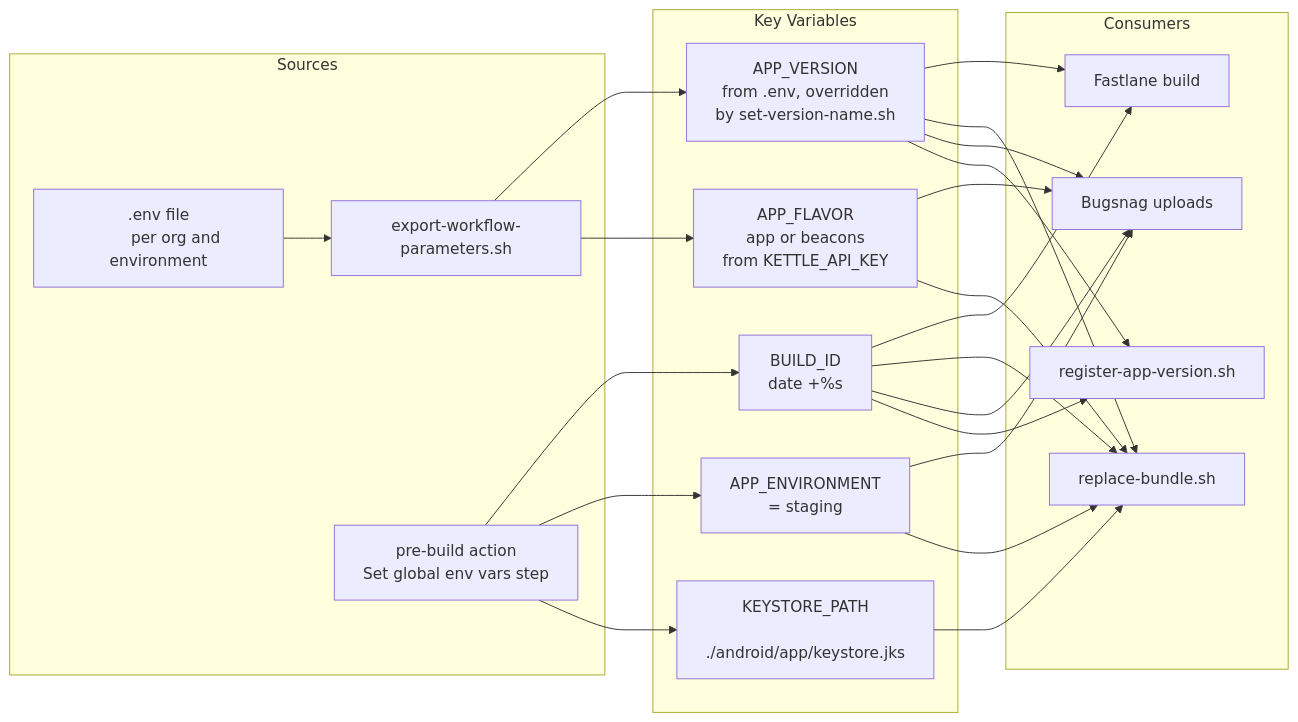
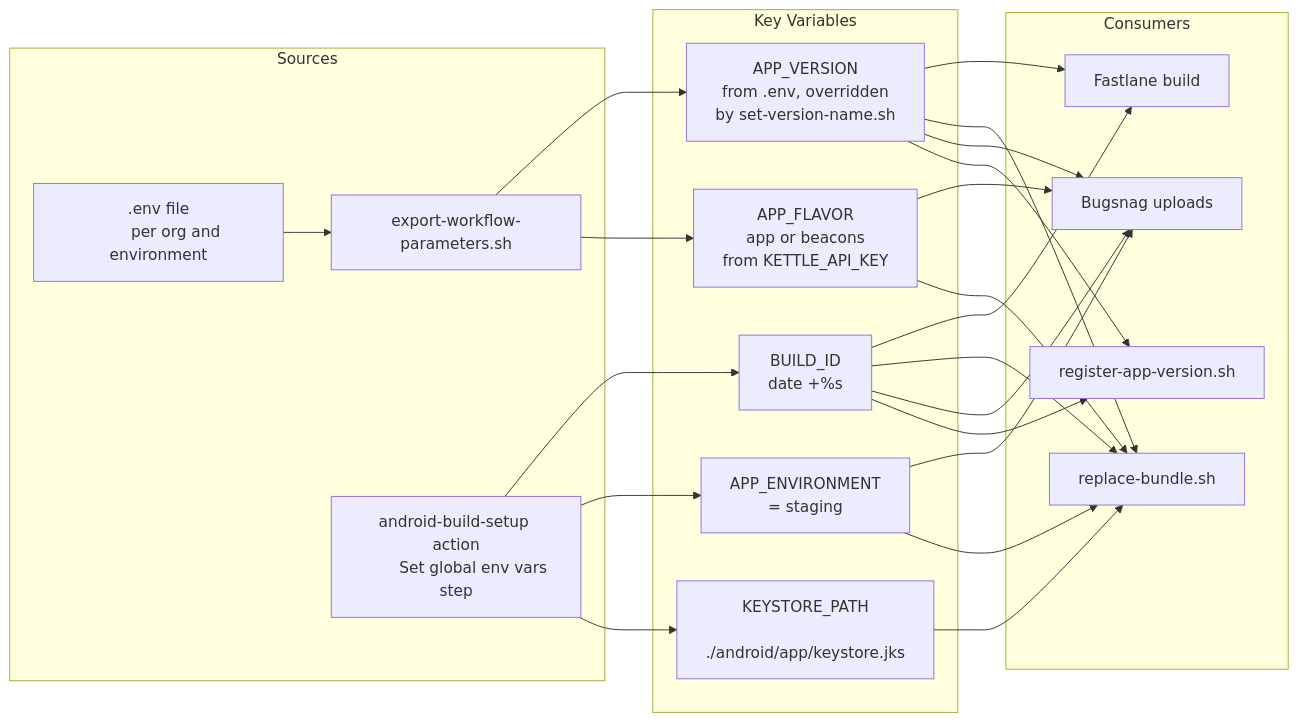
The sixth of 6 diagrams in docs/android-build-staging-graph.md (AtB-AS/mittatb-app), drawn with Mermaid before and after one commit. The commit also changed other lines of this file and 4 other files, not shown here.

Commit message:
tidy-up android build and add documentation

````diff
--- a/docs/android-build-staging-graph.md
+++ b/docs/android-build-staging-graph.md
@@ -318,38 +328,38 @@
 ```mermaid
 flowchart LR
     subgraph sources ["Sources"]
         env_file[".env file
         per org and environment"]
         scripts["export-workflow-parameters.sh"]
-        pre_build_action["pre-build action
+        build_setup["android-build-setup action
         Set global env vars step"]
     end
 
     subgraph vars ["Key Variables"]
         BUILD_ID["BUILD_ID
         date +%s"]
         APP_ENVIRONMENT["APP_ENVIRONMENT
         = staging"]
         APP_VERSION["APP_VERSION
         from .env, overridden
         by set-version-name.sh"]
         APP_FLAVOR["APP_FLAVOR
         app or beacons
         from KETTLE_API_KEY"]
         KEYSTORE_PATH["KEYSTORE_PATH
         ./android/app/keystore.jks"]
     end
 
     subgraph consumers ["Consumers"]
         fastlane["Fastlane build"]
         replace["replace-bundle.sh"]
         bugsnag["Bugsnag uploads"]
         register["register-app-version.sh"]
     end
 
-    pre_build_action --> BUILD_ID & APP_ENVIRONMENT & KEYSTORE_PATH
+    build_setup --> BUILD_ID & APP_ENVIRONMENT & KEYSTORE_PATH
     env_file --> scripts --> APP_VERSION & APP_FLAVOR
     BUILD_ID & APP_VERSION --> fastlane & replace & bugsnag & register
     APP_FLAVOR & APP_ENVIRONMENT --> bugsnag & replace
     KEYSTORE_PATH --> replace
 ```
````
